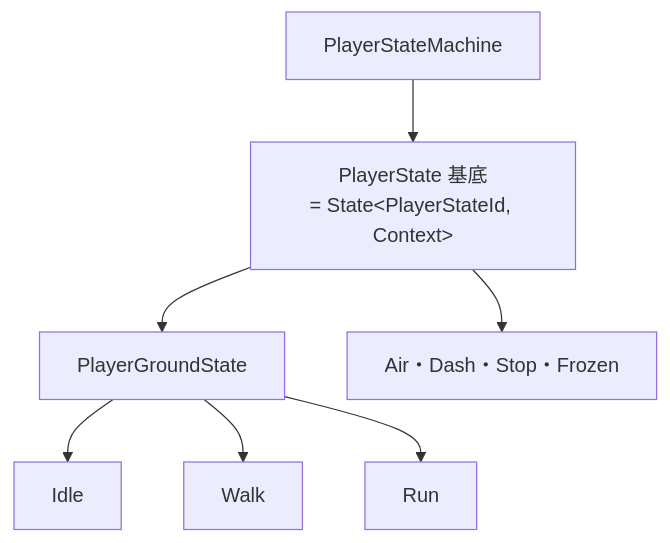
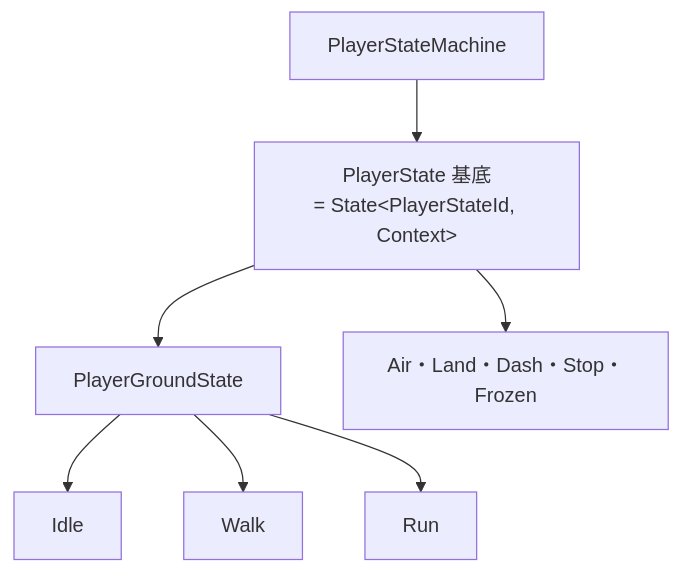
Before and after one commit to hirota-ryuki/Action: the third of 3 diagrams in Action/docs/ゲーム/プレイヤー/プレイヤーのステートの設計.md, drawn with Mermaid. The commit also changed other lines of this file and 6 other files, not shown here.

````diff
--- a/Action/docs/ゲーム/プレイヤー/プレイヤーのステートの設計.md
+++ b/Action/docs/ゲーム/プレイヤー/プレイヤーのステートの設計.md
@@ -64,9 +67,9 @@
 ```mermaid
 flowchart TD
     SM[PlayerStateMachine] --> S["PlayerState 基底<br/>= State#60;PlayerStateId, Context#62;"]
     S --> G[PlayerGroundState]
     G --> I[Idle]
     G --> W[Walk]
     G --> R[Run]
-    S --> O["Air・Dash・Stop・Frozen"]
+    S --> O["Air・Land・Dash・Stop・Frozen"]
 ```
````
